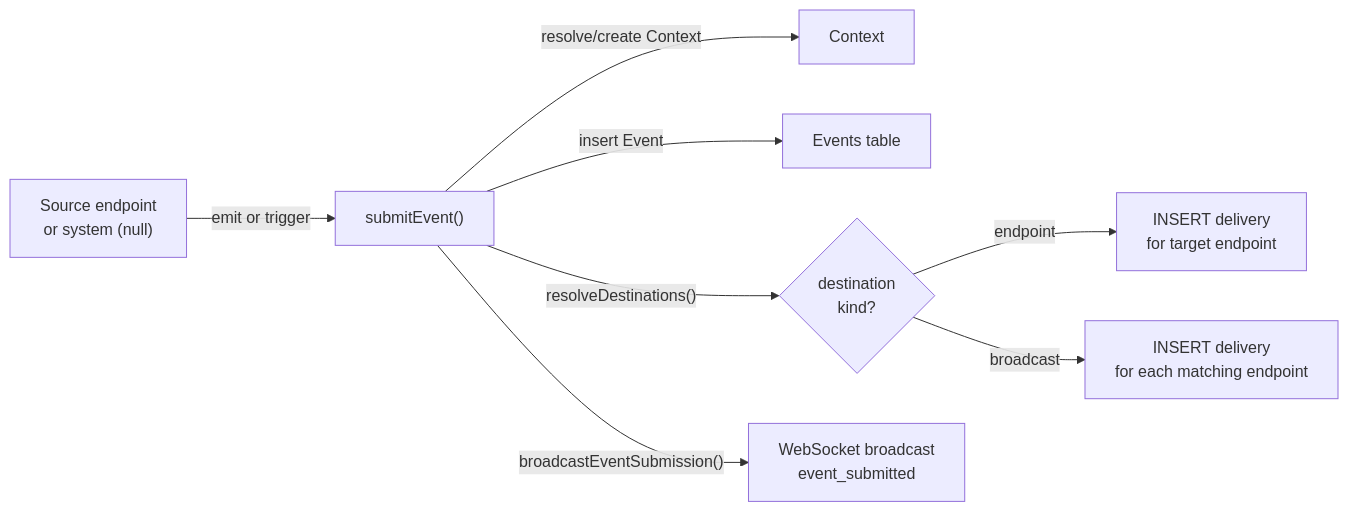
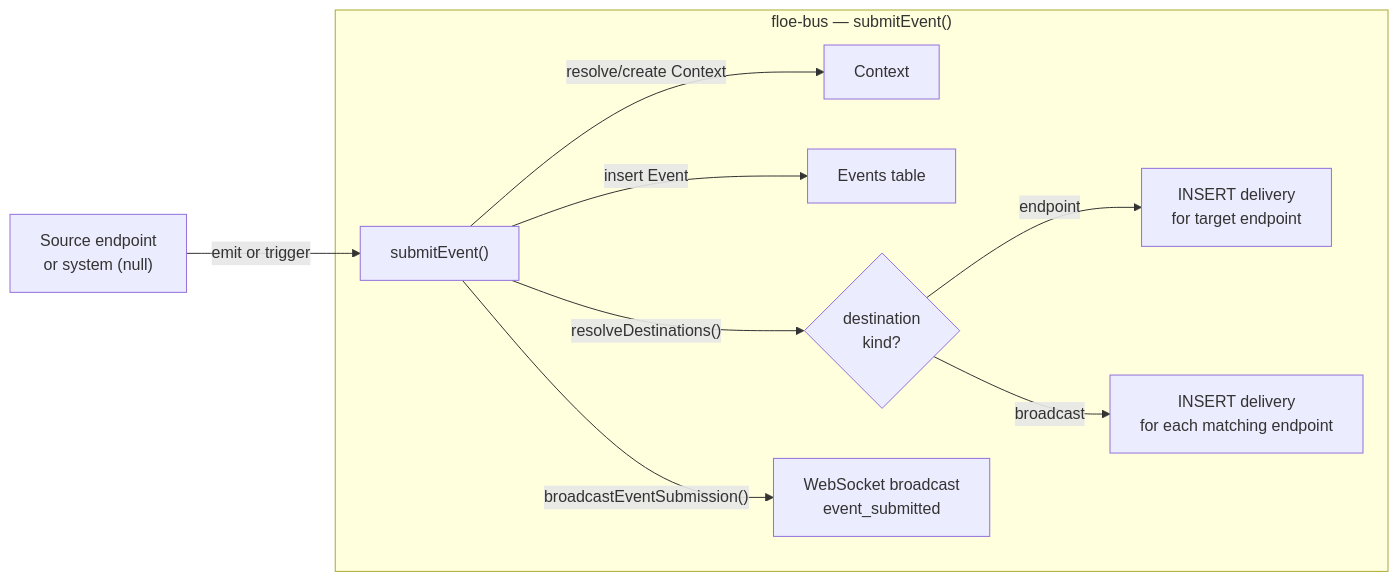
One commit to floe-ai/floe-subtrate changed the fourth of 12 diagrams in docs/architecture/overview.md. Above: the diagram before and after it, drawn with Mermaid. The commit also changed other lines of this file, not shown here.

````diff
--- a/docs/architecture/overview.md
+++ b/docs/architecture/overview.md
@@ -96,10 +152,14 @@
 ```mermaid
 graph LR
-    SRC["Source endpoint\nor system (null)"] -->|"emit or trigger"| SE["submitEvent()"]
-    SE -->|"resolve/create Context"| CTX["Context"]
-    SE -->|"insert Event"| EV["Events table"]
-    SE -->|"resolveDestinations()"| DST{"destination\nkind?"}
-    DST -->|endpoint| D1["INSERT delivery\nfor target endpoint"]
-    DST -->|broadcast| D2["INSERT delivery\nfor each matching endpoint"]
-    SE -->|"broadcastEventSubmission()"| WS["WebSocket broadcast\nevent_submitted"]
+    SRC["Source endpoint\nor system (null)"] -->|"emit or trigger"| SE
+
+    subgraph BUS["floe-bus — submitEvent()"]
+        SE["submitEvent()"]
+        SE -->|"resolve/create Context"| CTX["Context"]
+        SE -->|"insert Event"| EV["Events table"]
+        SE -->|"resolveDestinations()"| DST{"destination\nkind?"}
+        DST -->|endpoint| D1["INSERT delivery\nfor target endpoint"]
+        DST -->|broadcast| D2["INSERT delivery\nfor each matching endpoint"]
+        SE -->|"broadcastEventSubmission()"| WS["WebSocket broadcast\nevent_submitted"]
+    end
 ```
````
